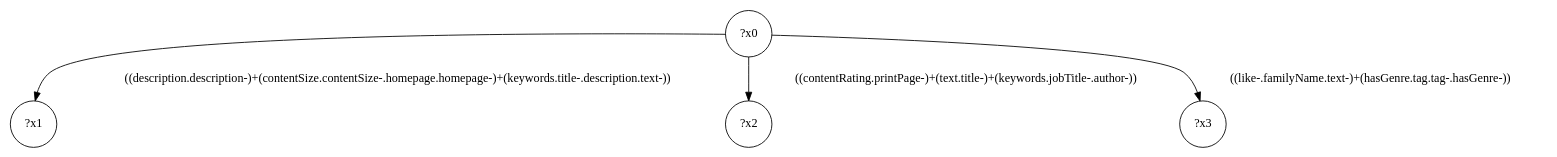
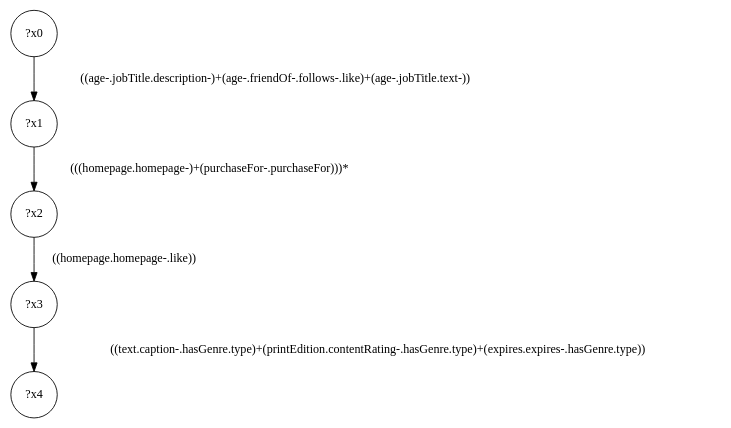
One commit to gbagan/gmark changed the diagram in demo/shop-a/shop-a-interface/query-38.dot. Above: the diagram before and after it, drawn with Graphviz. The commit also changed 1418 other files, not shown here.

```diff
--- a/demo/shop-a/shop-a-interface/query-38.dot
+++ b/demo/shop-a/shop-a-interface/query-38.dot
@@ -1,9 +1,11 @@
 digraph g {
 	x0 [shape=circle, label="?x0"];
 	x1 [shape=circle, label="?x1"];
-	x0 -> x1 [label="((description.description-)+(contentSize.contentSize-.homepage.homepage-)+(keywords.title-.description.text-))"];
+	x0 -> x1 [label="((age-.jobTitle.description-)+(age-.friendOf-.follows-.like)+(age-.jobTitle.text-))"];
 	x2 [shape=circle, label="?x2"];
-	x0 -> x2 [label="((contentRating.printPage-)+(text.title-)+(keywords.jobTitle-.author-))"];
+	x1 -> x2 [label="(((homepage.homepage-)+(purchaseFor-.purchaseFor)))*"];
 	x3 [shape=circle, label="?x3"];
-	x0 -> x3 [label="((like-.familyName.text-)+(hasGenre.tag.tag-.hasGenre-))"];
+	x2 -> x3 [label="((homepage.homepage-.like))"];
+	x4 [shape=circle, label="?x4"];
+	x3 -> x4 [label="((text.caption-.hasGenre.type)+(printEdition.contentRating-.hasGenre.type)+(expires.expires-.hasGenre.type))"];
 }
```
